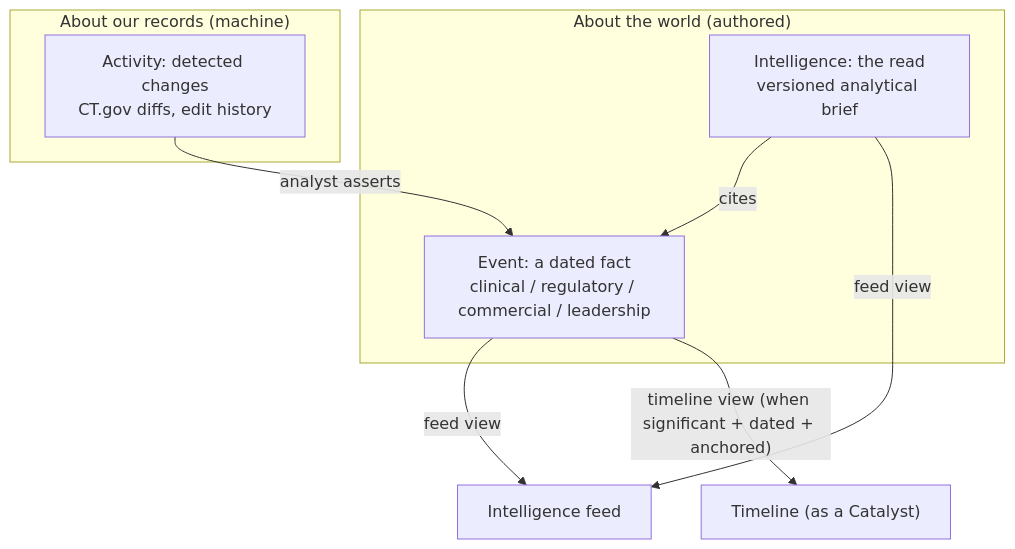
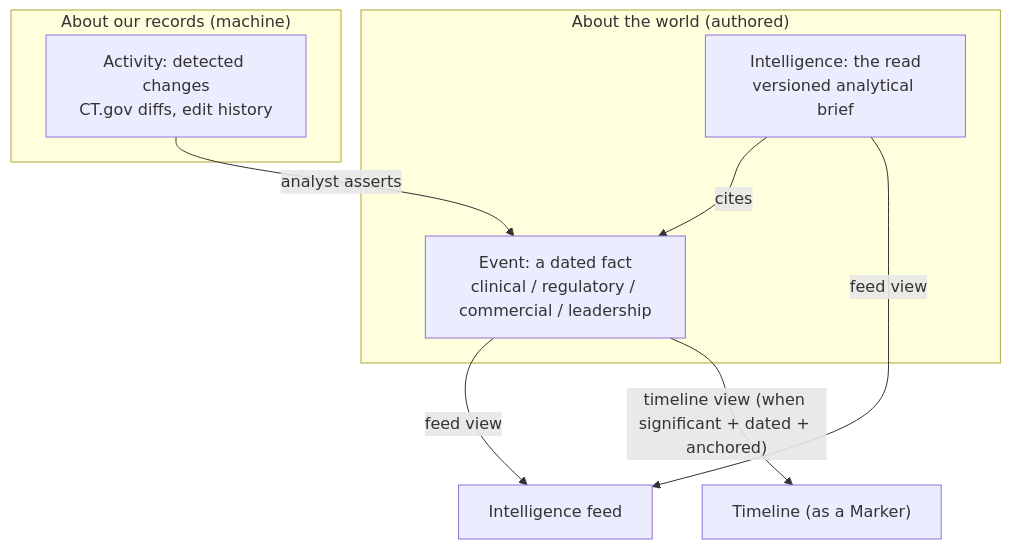
Before and after one commit to clint-org/clint: the first of 2 diagrams in docs/superpowers/specs/2026-06-28-unified-events-timeline-design.md, drawn with Mermaid. The commit also changed other lines of this file, not shown here.

Commit message:
docs(spec): retire 'catalyst' term; Event + Marker + significance only

````diff
--- a/docs/superpowers/specs/2026-06-28-unified-events-timeline-design.md
+++ b/docs/superpowers/specs/2026-06-28-unified-events-timeline-design.md
@@ -56,15 +56,15 @@
 ```mermaid
 flowchart TB
   subgraph world["About the world (authored)"]
     E["Event: a dated fact<br/>clinical / regulatory / commercial / leadership"]
     I["Intelligence: the read<br/>versioned analytical brief"]
     I -- "cites" --> E
   end
   subgraph records["About our records (machine)"]
     A["Activity: detected changes<br/>CT.gov diffs, edit history"]
   end
   A -- "analyst asserts" --> E
   E -- "feed view" --> FEED["Intelligence feed"]
   I -- "feed view" --> FEED
-  E -- "timeline view (when significant + dated + anchored)" --> TL["Timeline (as a Catalyst)"]
+  E -- "timeline view (when significant + dated + anchored)" --> TL["Timeline (as a Marker)"]
 ```
````
